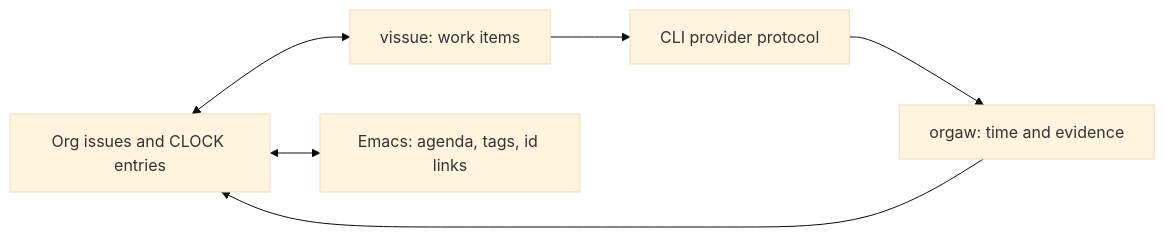
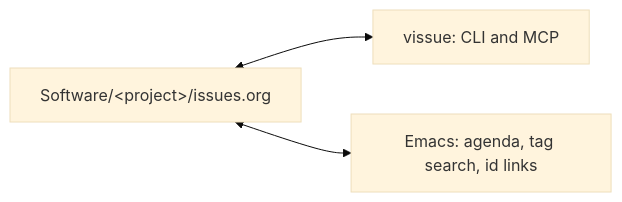
Before and after one commit to HaoZeke/vissue: the second of 2 diagrams in README.md, drawn with Mermaid (base theme). The commit also changed other lines of this file and 15 other files, not shown here.

````diff
--- a/README.md
+++ b/README.md
@@ -211,12 +211,8 @@
 ```mermaid
 flowchart LR
-    corpus["Org issues and CLOCK entries"]
-    vissue["vissue: work items"]
-    protocol["CLI provider protocol"]
-    orgaw["orgaw: time and evidence"]
-    emacs["Emacs: agenda, tags, id links"]
+    corpus["Software/&lt;project&gt;/issues.org"]
+    vissue["vissue: CLI and MCP"]
+    emacs["Emacs: agenda, tag search, id links"]
     corpus <--> vissue
     corpus <--> emacs
-    vissue --> protocol --> orgaw
-    orgaw --> corpus
 ```
````
